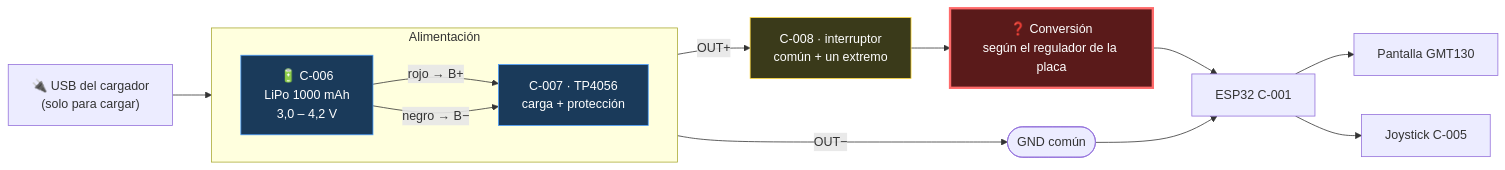
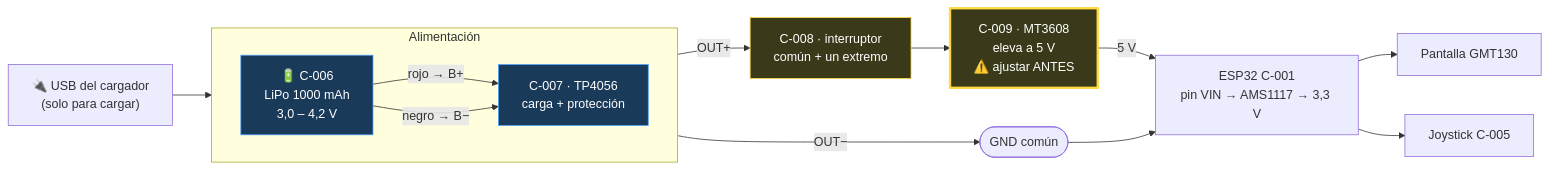
One commit to FReptar0/ESP32 changed the diagram in proyectos/tamagotchi/6-esquemas/alimentacion-por-bateria.md. Above: the diagram before and after it, drawn with Mermaid. The commit also changed other lines of this file and 6 other files, not shown here.

````diff
--- a/proyectos/tamagotchi/6-esquemas/alimentacion-por-bateria.md
+++ b/proyectos/tamagotchi/6-esquemas/alimentacion-por-bateria.md
@@ -77,30 +77,30 @@
 ```mermaid
 flowchart LR
     USB["🔌 USB del cargador<br/>(solo para cargar)"] --> TP
 
     subgraph BAT["Alimentación"]
         direction LR
         CELDA["🔋 C-006<br/>LiPo 1000 mAh<br/>3,0 – 4,2 V"]
         TP["C-007 · TP4056<br/>carga + protección"]
         CELDA -- "rojo → B+" --> TP
         CELDA -- "negro → B−" --> TP
     end
 
     TP -- "OUT+" --> SW
     TP -- "OUT−" --> GND(["GND común"])
 
     SW["C-008 · interruptor<br/>común + un extremo"]
     SW --> CONV
 
-    CONV["❓ Conversión<br/>según el regulador de la placa"]
-    CONV --> ESP["ESP32 C-001"]
+    CONV["C-009 · MT3608<br/>eleva a 5 V<br/>⚠️ ajustar ANTES"]
+    CONV -- "5 V" --> ESP["ESP32 C-001<br/>pin VIN → AMS1117 → 3,3 V"]
 
     ESP --> TFT["Pantalla GMT130"]
     ESP --> JOY["Joystick C-005"]
     GND --> ESP
 
-    style CONV fill:#5a1a1a,stroke:#ff6b6b,stroke-width:3px,color:#fff
+    style CONV fill:#3a3a1a,stroke:#ffd93d,stroke-width:3px,color:#fff
     style CELDA fill:#1a3a5a,stroke:#4a9eff,color:#fff
     style TP fill:#1a3a5a,stroke:#4a9eff,color:#fff
     style SW fill:#3a3a1a,stroke:#ffd93d,color:#fff
 ```
````
